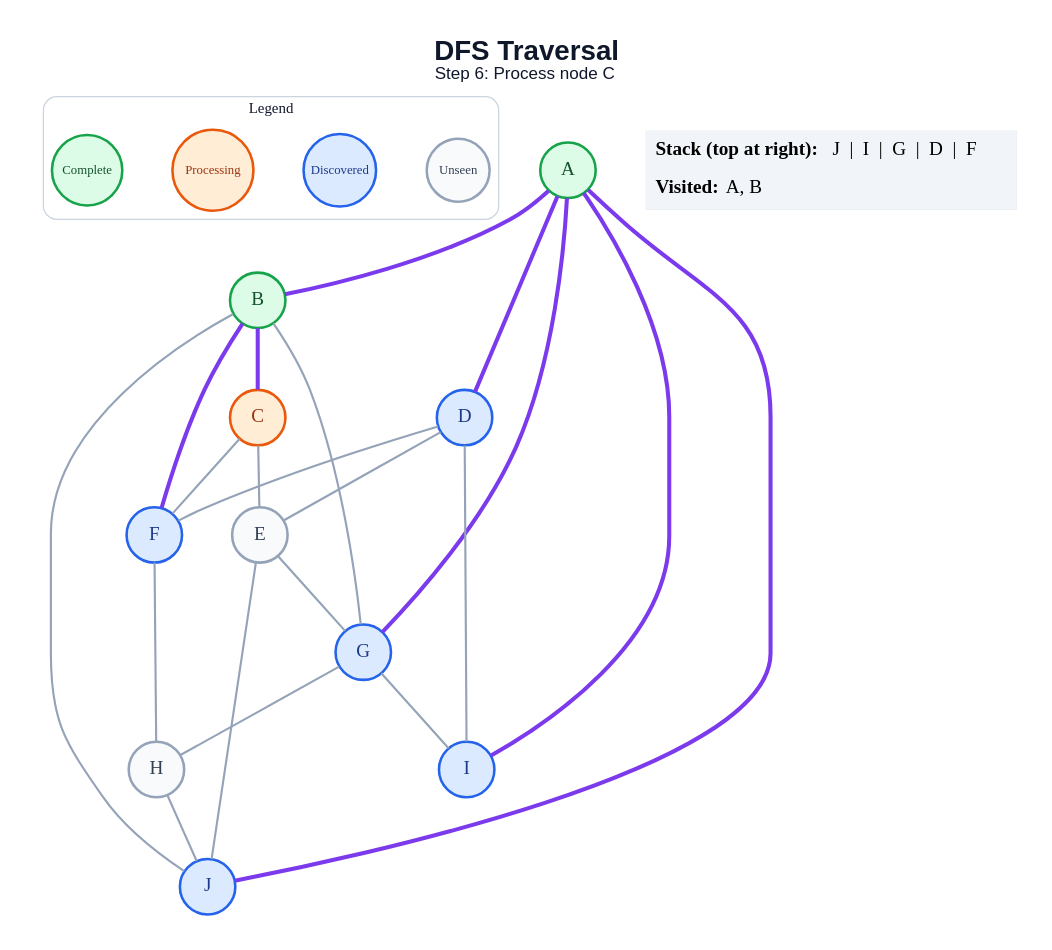
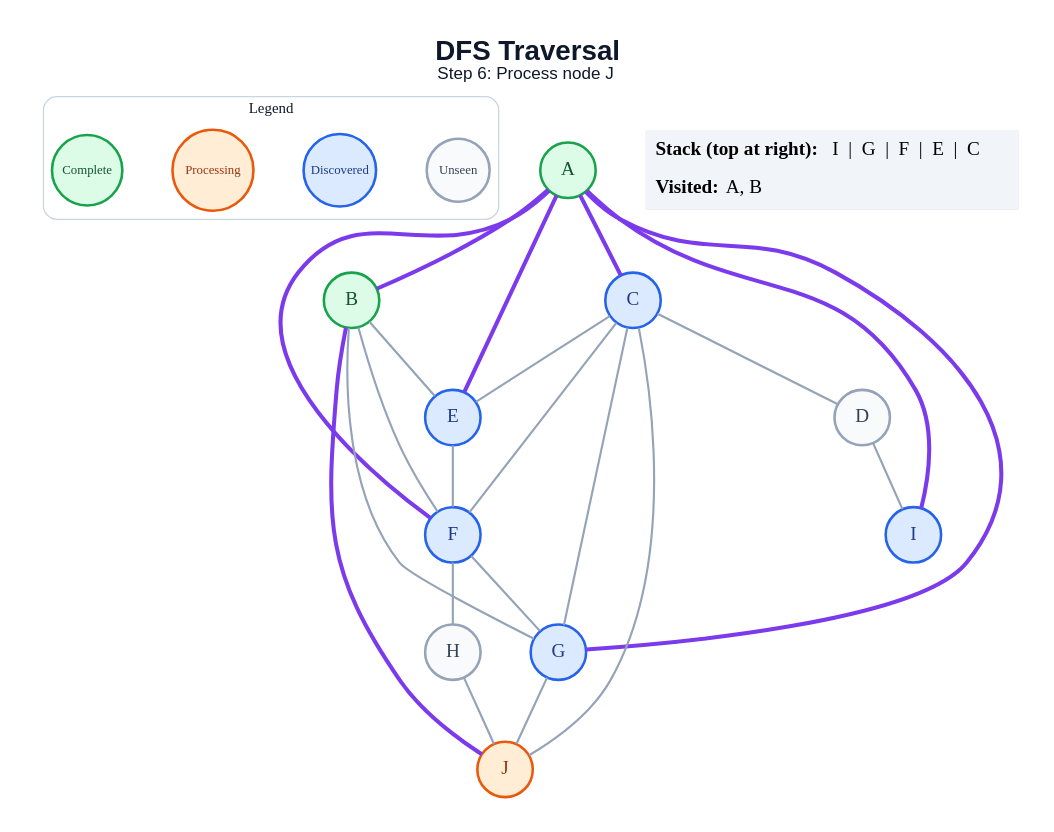
The diagram in generated/dfs/step_06.dot (anon7238593-create/ai-slop), drawn with Graphviz before and after one commit. The commit also changed 171 other files, not shown here.

```diff
--- a/generated/dfs/step_06.dot
+++ b/generated/dfs/step_06.dot
@@ -1,49 +1,50 @@
 graph traversal {
   graph [layout=dot, rankdir=TB, bgcolor="#FFFFFF", pad="0.35", nodesep="0.65", ranksep="0.8", fontname="Arial"];
   node [shape=circle, style="filled", fontname="Arial Bold", fontsize=18, width=0.72, fixedsize=true, penwidth=2.4];
   edge [color="#94A3B8", penwidth=2.0];
-  label=<<B>DFS Traversal</B><BR/><FONT POINT-SIZE="16">Step 6: Process node C</FONT>>; labelloc="t"; fontsize=26; fontname="Arial"; fontcolor="#0F172A";
+  label=<<B>DFS Traversal</B><BR/><FONT POINT-SIZE="16">Step 6: Process node J</FONT>>; labelloc="t"; fontsize=26; fontname="Arial"; fontcolor="#0F172A";
   subgraph cluster_legend { label="Legend"; color="#CBD5E1"; penwidth=1.2; style="rounded"; fontsize=14; fontname="Arial Bold";
     key_unseen [label="Unseen", fillcolor="#F8FAFC", color="#94A3B8", fontcolor="#334155", fontsize=12, width=0.82];
     key_frontier [label="Discovered", fillcolor="#DBEAFE", color="#2563EB", fontcolor="#1E3A8A", fontsize=12, width=0.95];
     key_current [label="Processing", fillcolor="#FFEDD5", color="#EA580C", fontcolor="#9A3412", fontsize=12, width=1.05];
     key_done [label="Complete", fillcolor="#DCFCE7", color="#16A34A", fontcolor="#14532D", fontsize=12, width=0.92];
     { rank=same; key_unseen; key_frontier; key_current; key_done; }
   }
   A [fillcolor="#DCFCE7", color="#16A34A", fontcolor="#14532D"];
   B [fillcolor="#DCFCE7", color="#16A34A", fontcolor="#14532D"];
-  C [fillcolor="#FFEDD5", color="#EA580C", fontcolor="#9A3412"];
-  D [fillcolor="#DBEAFE", color="#2563EB", fontcolor="#1E3A8A"];
-  E [fillcolor="#F8FAFC", color="#94A3B8", fontcolor="#334155"];
+  C [fillcolor="#DBEAFE", color="#2563EB", fontcolor="#1E3A8A"];
+  D [fillcolor="#F8FAFC", color="#94A3B8", fontcolor="#334155"];
+  E [fillcolor="#DBEAFE", color="#2563EB", fontcolor="#1E3A8A"];
   F [fillcolor="#DBEAFE", color="#2563EB", fontcolor="#1E3A8A"];
   G [fillcolor="#DBEAFE", color="#2563EB", fontcolor="#1E3A8A"];
   H [fillcolor="#F8FAFC", color="#94A3B8", fontcolor="#334155"];
   I [fillcolor="#DBEAFE", color="#2563EB", fontcolor="#1E3A8A"];
-  J [fillcolor="#DBEAFE", color="#2563EB", fontcolor="#1E3A8A"];
+  J [fillcolor="#FFEDD5", color="#EA580C", fontcolor="#9A3412"];
   A -- B [color="#7C3AED", penwidth=3.8];
-  A -- D [color="#7C3AED", penwidth=3.8];
+  A -- C [color="#7C3AED", penwidth=3.8];
+  A -- E [color="#7C3AED", penwidth=3.8];
+  A -- F [color="#7C3AED", penwidth=3.8];
   A -- G [color="#7C3AED", penwidth=3.8];
   A -- I [color="#7C3AED", penwidth=3.8];
-  A -- J [color="#7C3AED", penwidth=3.8];
-  B -- C [color="#7C3AED", penwidth=3.8];
-  B -- F [color="#7C3AED", penwidth=3.8];
+  B -- E;
+  B -- F;
   B -- G;
-  B -- J;
+  B -- J [color="#7C3AED", penwidth=3.8];
+  C -- D;
   C -- E;
   C -- F;
-  D -- E;
-  D -- F;
+  C -- G;
+  C -- J;
   D -- I;
-  E -- G;
-  E -- J;
+  E -- F;
+  F -- G;
   F -- H;
-  G -- H;
-  G -- I;
+  G -- J;
   H -- J;
   status [shape=plain, fixedsize=false, width=0, height=0, margin=0, label=<
     <TABLE BORDER="0" CELLBORDER="0" CELLPADDING="7" BGCOLOR="#F1F5F9">
-      <TR><TD ALIGN="LEFT"><B>Stack (top at right):</B> J  |  I  |  G  |  D  |  F</TD></TR>
+      <TR><TD ALIGN="LEFT"><B>Stack (top at right):</B> I  |  G  |  F  |  E  |  C</TD></TR>
       <TR><TD ALIGN="LEFT"><B>Visited:</B> A, B</TD></TR>
     </TABLE>
   >];
 }
```
